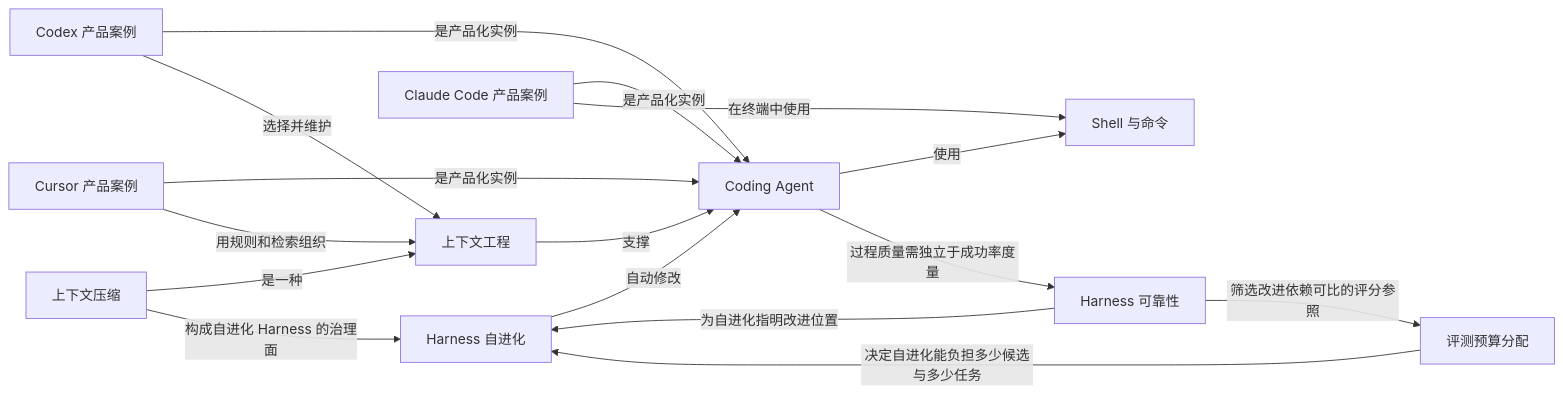
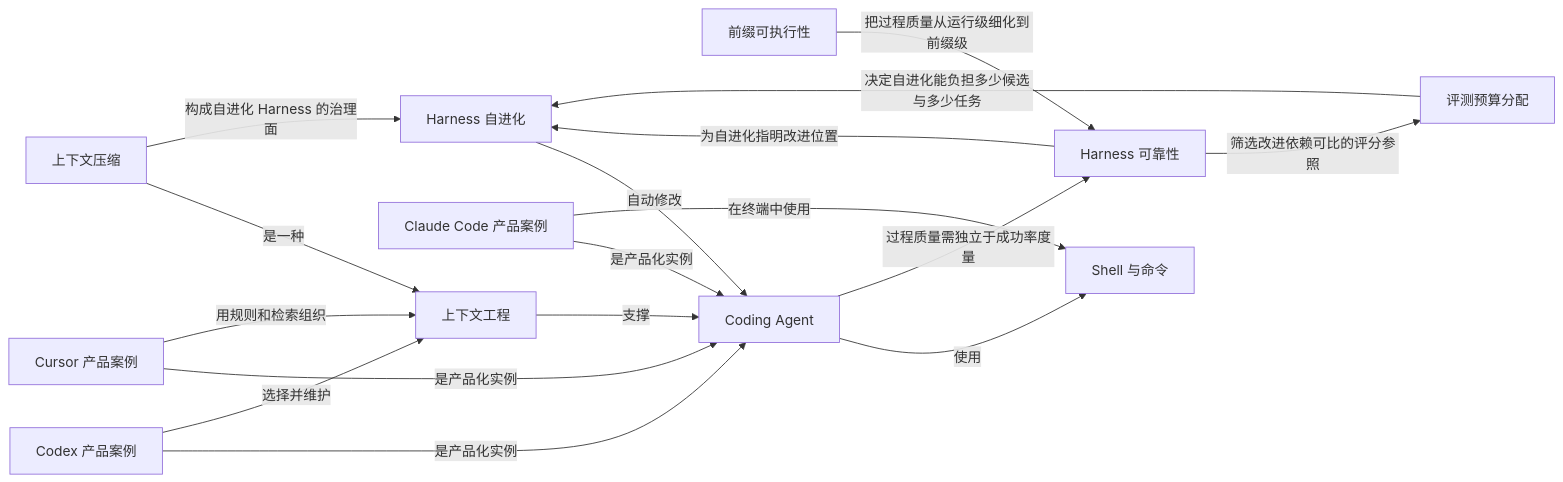
The seventh of 10 diagrams in 知识网络.md (z-Zihan/LLM-101), drawn with Mermaid before and after one commit. The commit also changed other lines of this file and 5 other files, not shown here.

Commit message:
docs(agent): add prefix executability protocol for trajectory-level process quality (#11)

````diff
--- a/知识网络.md
+++ b/知识网络.md
@@ -422,28 +423,30 @@
 ```mermaid
 flowchart LR
     n_harness_self_evolution["Harness 自进化"]
     n_harness_reliability["Harness 可靠性"]
     n_eval_budget["评测预算分配"]
+    n_prefix_executability["前缀可执行性"]
     n_coding_agent["Coding Agent"]
     n_codex_product["Codex 产品案例"]
     n_claude_code_product["Claude Code 产品案例"]
     n_cursor_product["Cursor 产品案例"]
     n_context_engineering["上下文工程"]
     n_context_compaction["上下文压缩"]
     n_shell["Shell 与命令"]
     n_codex_product -->|"是产品化实例"| n_coding_agent
     n_codex_product -->|"选择并维护"| n_context_engineering
     n_claude_code_product -->|"是产品化实例"| n_coding_agent
     n_claude_code_product -->|"在终端中使用"| n_shell
     n_cursor_product -->|"是产品化实例"| n_coding_agent
     n_cursor_product -->|"用规则和检索组织"| n_context_engineering
     n_coding_agent -->|"使用"| n_shell
     n_context_engineering -->|"支撑"| n_coding_agent
     n_context_compaction -->|"是一种"| n_context_engineering
     n_harness_self_evolution -->|"自动修改"| n_coding_agent
     n_context_compaction -->|"构成自进化 Harness 的治理面"| n_harness_self_evolution
     n_coding_agent -->|"过程质量需独立于成功率度量"| n_harness_reliability
     n_harness_reliability -->|"为自进化指明改进位置"| n_harness_self_evolution
     n_eval_budget -->|"决定自进化能负担多少候选与多少任务"| n_harness_self_evolution
     n_harness_reliability -->|"筛选改进依赖可比的评分参照"| n_eval_budget
+    n_prefix_executability -->|"把过程质量从运行级细化到前缀级"| n_harness_reliability
 ```
````
